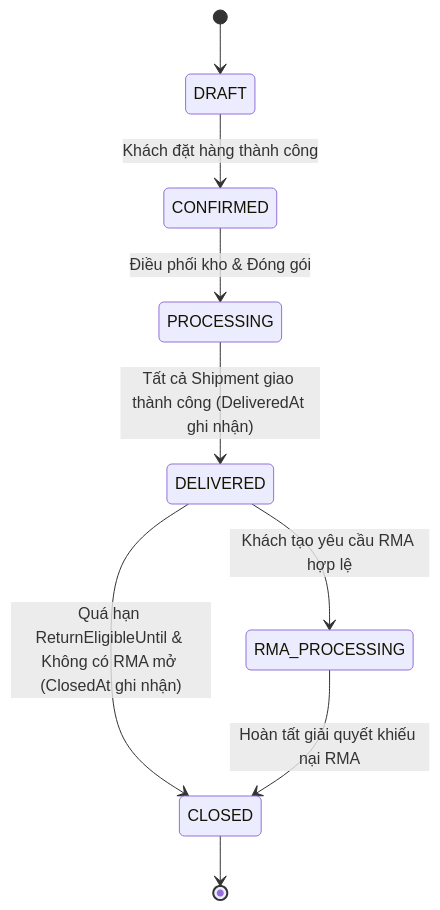
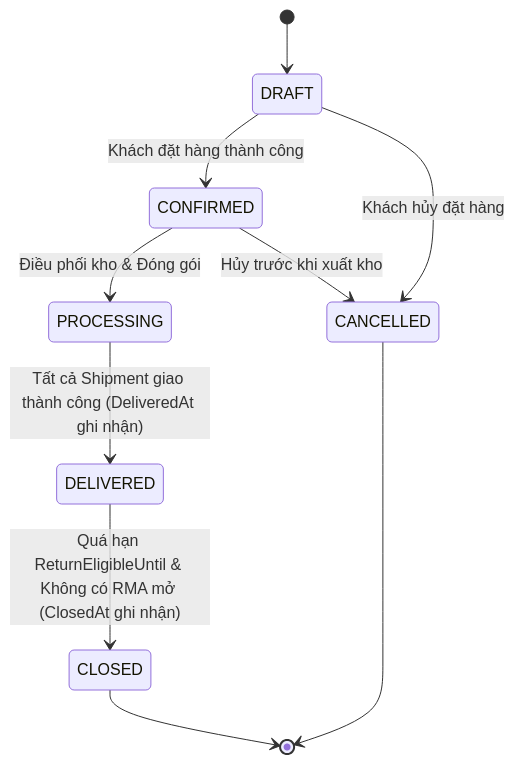
One commit to itzchugnn/RetailCore-E-commerce-Management-System changed diagram 13 of 14 in docs/Project-Progress-Report-Pre-M3.md. Above: the diagram before and after it, drawn with Mermaid. The commit also changed other lines of this file and 1 other file, not shown here.

First line of the commit message:
docs(m3): resolve pre-m3 architecture issues and upgrade progress report to v2.1

````diff
--- a/docs/Project-Progress-Report-Pre-M3.md
+++ b/docs/Project-Progress-Report-Pre-M3.md
@@ -625,11 +682,12 @@
 ```mermaid
 stateDiagram-v2
     [*] --> DRAFT
     DRAFT --> CONFIRMED: Khách đặt hàng thành công
     CONFIRMED --> PROCESSING: Điều phối kho & Đóng gói
     PROCESSING --> DELIVERED: Tất cả Shipment giao thành công (DeliveredAt ghi nhận)
     DELIVERED --> CLOSED: Quá hạn ReturnEligibleUntil & Không có RMA mở (ClosedAt ghi nhận)
-    DELIVERED --> RMA_PROCESSING: Khách tạo yêu cầu RMA hợp lệ
-    RMA_PROCESSING --> CLOSED: Hoàn tất giải quyết khiếu nại RMA
+    DRAFT --> CANCELLED: Khách hủy đặt hàng
+    CONFIRMED --> CANCELLED: Hủy trước khi xuất kho
     CLOSED --> [*]
+    CANCELLED --> [*]
 ```
````
